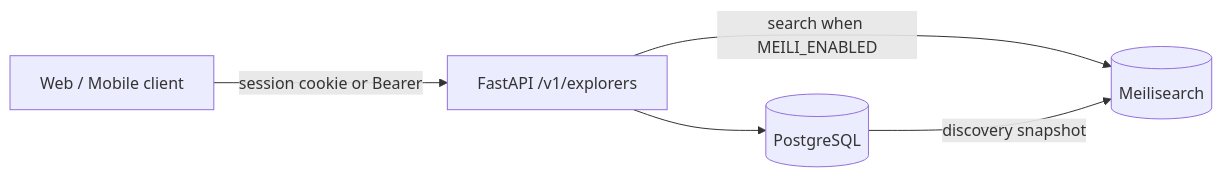
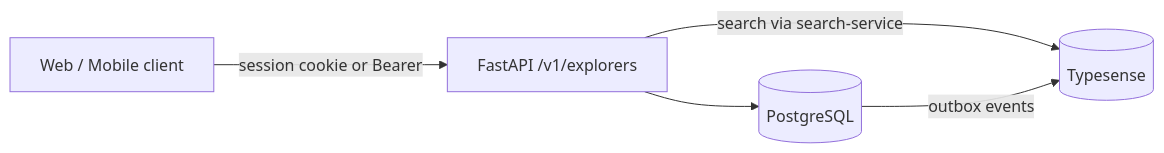
One commit to Premaramkarthik/chatapp-backend changed the first of 3 diagrams in docs/explorers-api.md. Above: the diagram before and after it, drawn with Mermaid. The commit also changed other lines of this file and 110 other files, not shown here.

Commit message:
feat(search): integrate Typesense for enhanced search capabilities and remove Tinode references

````diff
--- a/docs/explorers-api.md
+++ b/docs/explorers-api.md
@@ -22,12 +22,12 @@
 ```mermaid
 flowchart LR
   Client[Web / Mobile client]
   BFF[FastAPI /v1/explorers]
   PG[(PostgreSQL)]
-  Meili[(Meilisearch)]
+  TS[(Typesense)]
 
   Client -->|session cookie or Bearer| BFF
   BFF --> PG
-  BFF -->|search when MEILI_ENABLED| Meili
-  PG -->|discovery snapshot| Meili
+  BFF -->|search via search-service| TS
+  PG -->|outbox events| TS
 ```
````
